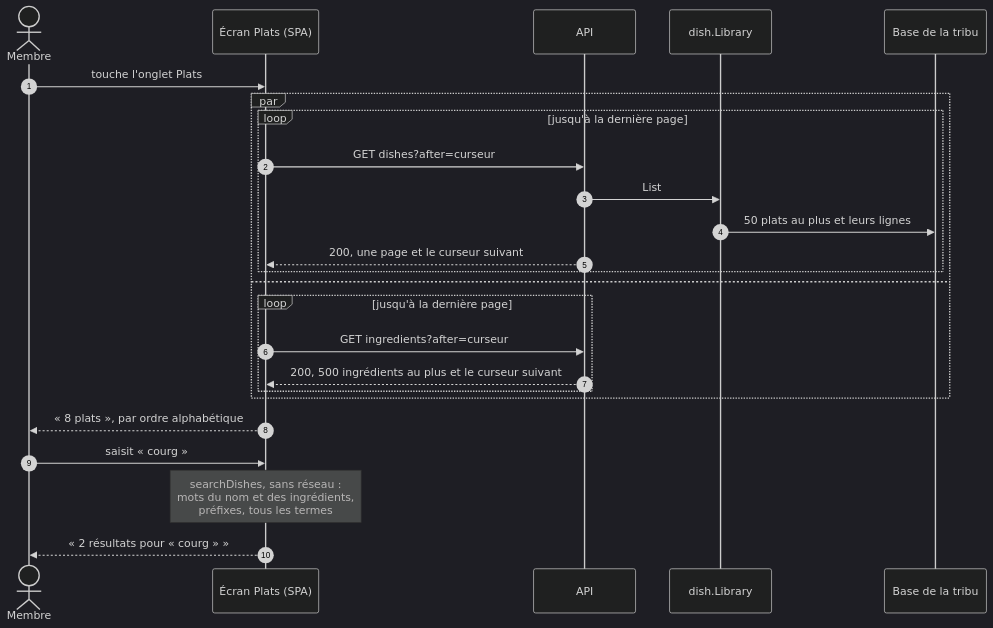
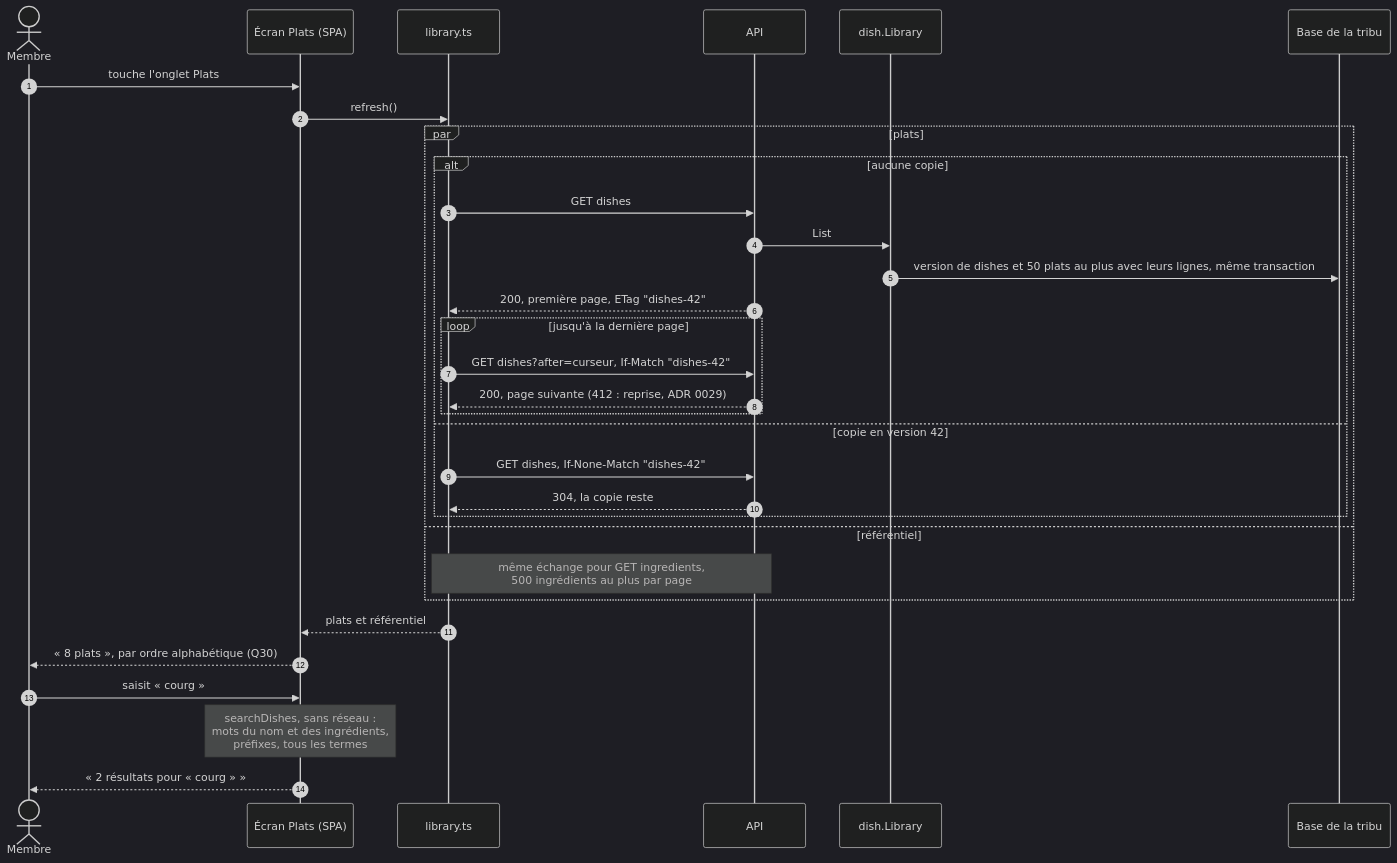
The third of 7 diagrams in docs/conception/bibliotheque-de-plats.md (nelt/tribe-menus), drawn with Mermaid (dark theme) before and after one commit. The commit also changed other lines of this file and 15 other files, not shown here.

First line of the commit message:
Bibliothèque de plats : specs, conception et ADR (bibliotheque/A, P1 à P4, T1, T3) (#75)

````diff
--- a/docs/conception/bibliotheque-de-plats.md
+++ b/docs/conception/bibliotheque-de-plats.md
@@ -266,28 +266,35 @@
 ```mermaid
 sequenceDiagram
     autonumber
     actor M as Membre
     participant S as Écran Plats (SPA)
+    participant C as library.ts
     participant A as API
     participant L as dish.Library
     participant D as Base de la tribu
 
     M->>S: touche l'onglet Plats
-    par
-        loop jusqu'à la dernière page
-            S->>A: GET dishes?after=curseur
+    S->>C: refresh()
+    par plats
+        alt aucune copie
+            C->>A: GET dishes
             A->>L: List
-            L->>D: 50 plats au plus et leurs lignes
-            A-->>S: 200, une page et le curseur suivant
+            L->>D: version de dishes et 50 plats au plus avec leurs lignes, même transaction
+            A-->>C: 200, première page, ETag "dishes-42"
+            loop jusqu'à la dernière page
+                C->>A: GET dishes?after=curseur, If-Match "dishes-42"
+                A-->>C: 200, page suivante (412 : reprise, ADR 0029)
+            end
+        else copie en version 42
+            C->>A: GET dishes, If-None-Match "dishes-42"
+            A-->>C: 304, la copie reste
         end
-    and
-        loop jusqu'à la dernière page
-            S->>A: GET ingredients?after=curseur
-            A-->>S: 200, 500 ingrédients au plus et le curseur suivant
-        end
+    and référentiel
+        Note over C,A: même échange pour GET ingredients,<br/>500 ingrédients au plus par page
     end
-    S-->>M: « 8 plats », par ordre alphabétique
+    C-->>S: plats et référentiel
+    S-->>M: « 8 plats », par ordre alphabétique (Q30)
     M->>S: saisit « courg »
     Note over S: searchDishes, sans réseau :<br/>mots du nom et des ingrédients,<br/>préfixes, tous les termes
     S-->>M: « 2 résultats pour « courg » »
 ```
````
